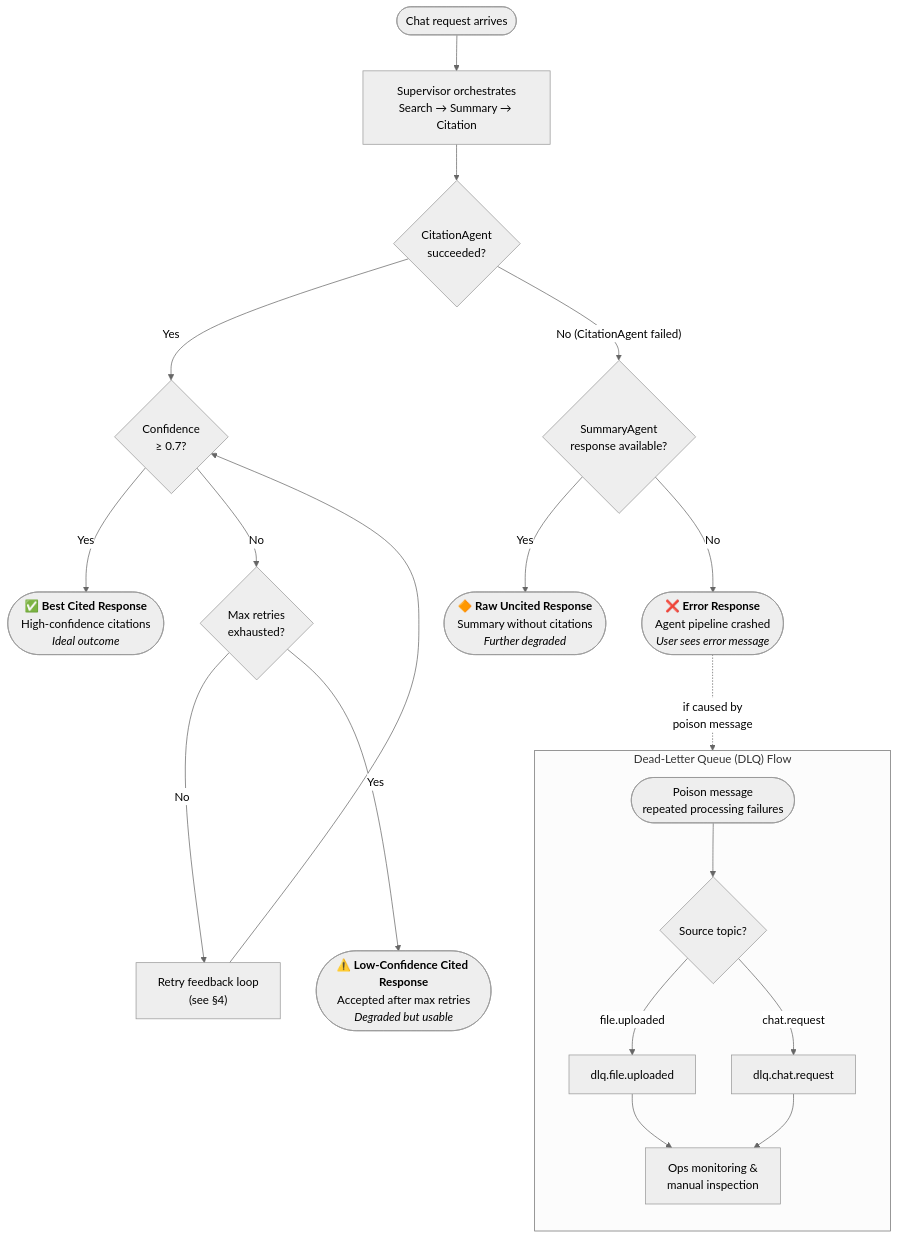
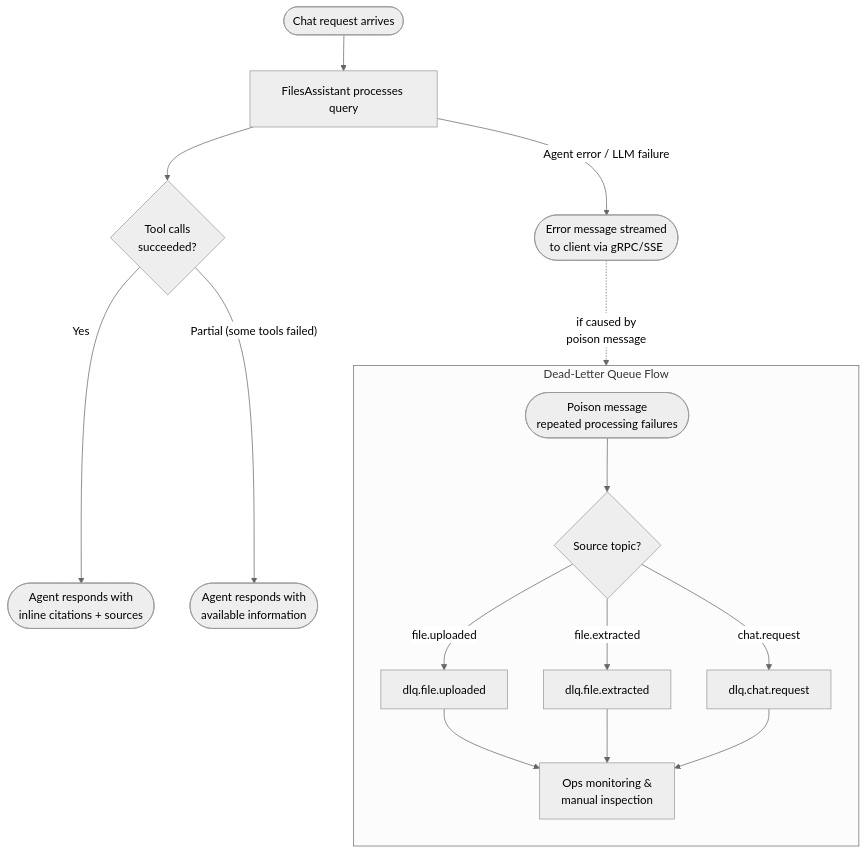
The fifth of 6 diagrams in docs/scenarios.md (JackTran15/files-assistant-system), drawn with Mermaid (neutral theme) before and after one commit. The commit also changed other lines of this file and 19 other files, not shown here.

````diff
--- a/docs/scenarios.md
+++ b/docs/scenarios.md
@@ -241,31 +247,25 @@
 ```mermaid
 flowchart TD
-    Start([Chat request arrives]) --> Orchestrate[Supervisor orchestrates<br/>Search → Summary → Citation]
+    Start(["Chat request arrives"]) --> Agent["FilesAssistant processes query"]
 
-    Orchestrate --> CitationOK{"CitationAgent<br/>succeeded?"}
+    Agent --> ToolOK{"Tool calls<br/>succeeded?"}
 
-    CitationOK -- Yes --> ConfCheck{"Confidence<br/>≥ 0.7?"}
-    ConfCheck -- Yes --> Best(["✅ <b>Best Cited Response</b><br/>High-confidence citations<br/><i>Ideal outcome</i>"])
+    ToolOK -- Yes --> Respond(["Agent responds with<br/>inline citations + sources"])
 
-    ConfCheck -- No --> RetryDone{"Max retries<br/>exhausted?"}
-    RetryDone -- No --> Retry["Retry feedback loop<br/>(see §4)"]
-    Retry --> ConfCheck
+    ToolOK -- "Partial (some tools failed)" --> Partial(["Agent responds with<br/>available information"])
 
-    RetryDone -- Yes --> LowConf(["⚠️ <b>Low-Confidence Cited Response</b><br/>Accepted after max retries<br/><i>Degraded but usable</i>"])
+    Agent -- "Agent error / LLM failure" --> ErrorMsg(["Error message streamed<br/>to client via gRPC/SSE"])
 
-    CitationOK -- "No (CitationAgent failed)" --> SummaryOK{"SummaryAgent<br/>response available?"}
-    SummaryOK -- Yes --> RawUncited(["🔶 <b>Raw Uncited Response</b><br/>Summary without citations<br/><i>Further degraded</i>"])
-
-    SummaryOK -- No --> AgentCrash(["❌ <b>Error Response</b><br/>Agent pipeline crashed<br/><i>User sees error message</i>"])
-
-    subgraph DLQ["Dead-Letter Queue (DLQ) Flow"]
+    subgraph DLQ["Dead-Letter Queue Flow"]
         direction TB
-        Poison([Poison message<br/>repeated processing failures]) --> DLQRoute{"Source topic?"}
-        DLQRoute -- "file.uploaded" --> DLQF[dlq.file.uploaded]
-        DLQRoute -- "chat.request" --> DLQC[dlq.chat.request]
-        DLQF --> Monitor[Ops monitoring &<br/>manual inspection]
+        Poison(["Poison message<br/>repeated processing failures"]) --> DLQRoute{"Source topic?"}
+        DLQRoute -- "file.uploaded" --> DLQF["dlq.file.uploaded"]
+        DLQRoute -- "file.extracted" --> DLQE["dlq.file.extracted"]
+        DLQRoute -- "chat.request" --> DLQC["dlq.chat.request"]
+        DLQF --> Monitor["Ops monitoring &<br/>manual inspection"]
+        DLQE --> Monitor
         DLQC --> Monitor
     end
 
-    AgentCrash -.->|"if caused by<br/>poison message"| Poison
+    ErrorMsg -.->|"if caused by<br/>poison message"| Poison
 ```
````
